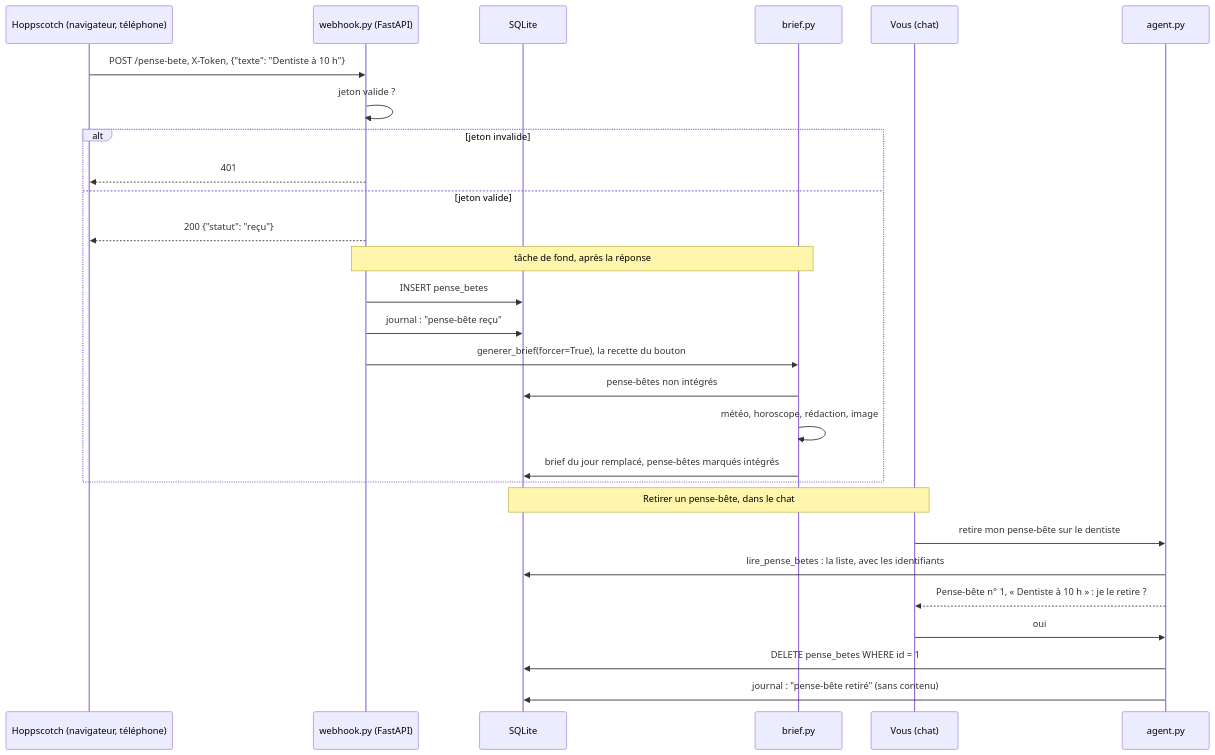
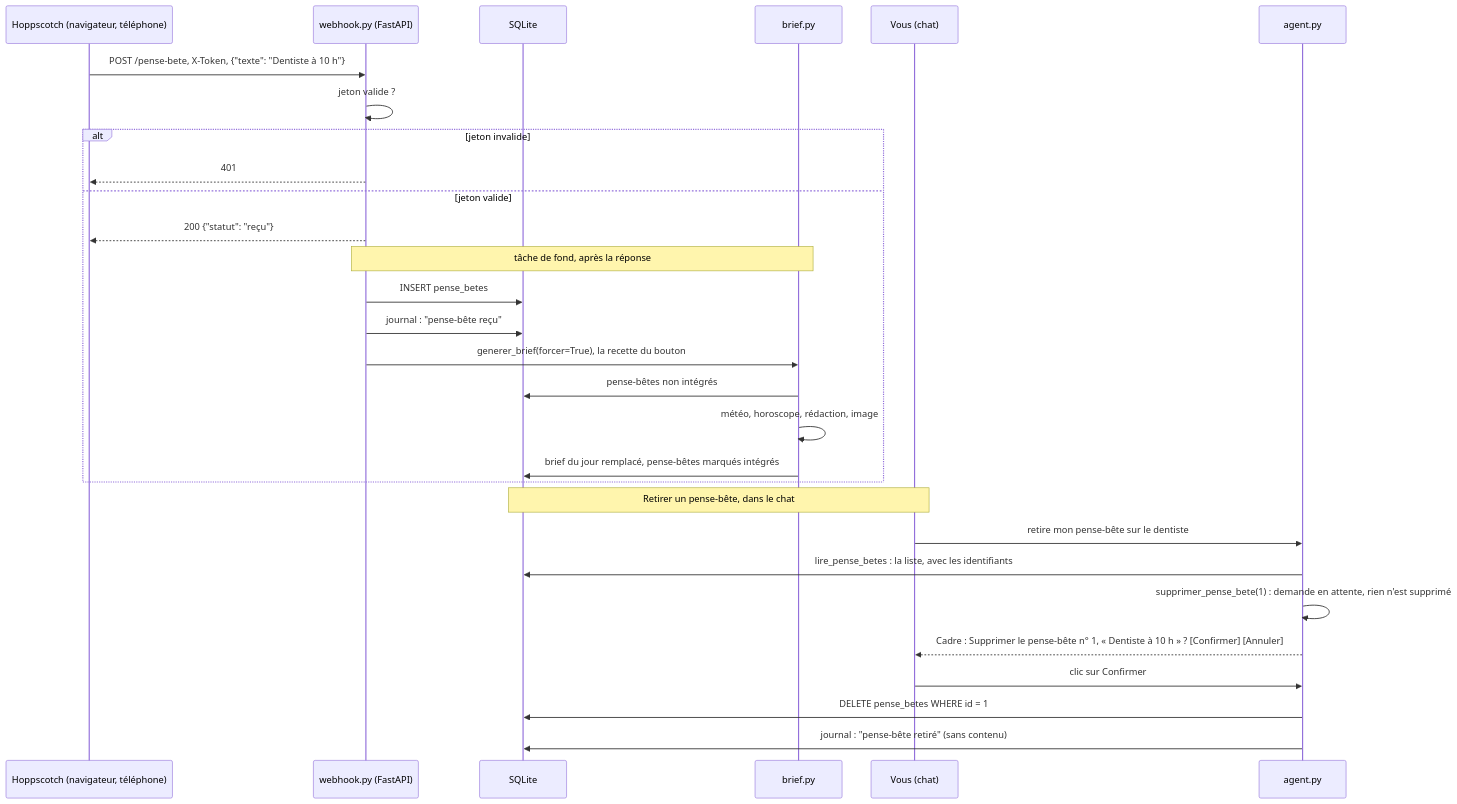
Diagram 39 of 42 in tuto-goodvibe-vibecoding.md (lecinquiemejour-code/goodvibe-tuto), drawn with Mermaid before and after one commit. The commit also changed other lines of this file and 3 other files, not shown here.

````diff
--- a/tuto-goodvibe-vibecoding.md
+++ b/tuto-goodvibe-vibecoding.md
@@ -1877,30 +1888,31 @@
 ```mermaid
 sequenceDiagram
     participant X as Hoppscotch (navigateur, téléphone)
     participant W as webhook.py (FastAPI)
     participant D as SQLite
     participant B as brief.py
     X->>W: POST /pense-bete, X-Token, {"texte": "Dentiste à 10 h"}
     W->>W: jeton valide ?
     alt jeton invalide
         W-->>X: 401
     else jeton valide
         W-->>X: 200 {"statut": "reçu"}
         Note over W,B: tâche de fond, après la réponse
         W->>D: INSERT pense_betes
         W->>D: journal : "pense-bête reçu"
         W->>B: generer_brief(forcer=True), la recette du bouton
         B->>D: pense-bêtes non intégrés
         B->>B: météo, horoscope, rédaction, image
         B->>D: brief du jour remplacé, pense-bêtes marqués intégrés
     end
     participant U as Vous (chat)
     participant A as agent.py
     Note over U,D: Retirer un pense-bête, dans le chat
     U->>A: retire mon pense-bête sur le dentiste
     A->>D: lire_pense_betes : la liste, avec les identifiants
-    A-->>U: Pense-bête n° 1, « Dentiste à 10 h » : je le retire ?
-    U->>A: oui
+    A->>A: supprimer_pense_bete(1) : demande en attente, rien n'est supprimé
+    A-->>U: Cadre : Supprimer le pense-bête n° 1, « Dentiste à 10 h » ? [Confirmer] [Annuler]
+    U->>A: clic sur Confirmer
     A->>D: DELETE pense_betes WHERE id = 1
     A->>D: journal : "pense-bête retiré" (sans contenu)
 ```
````
